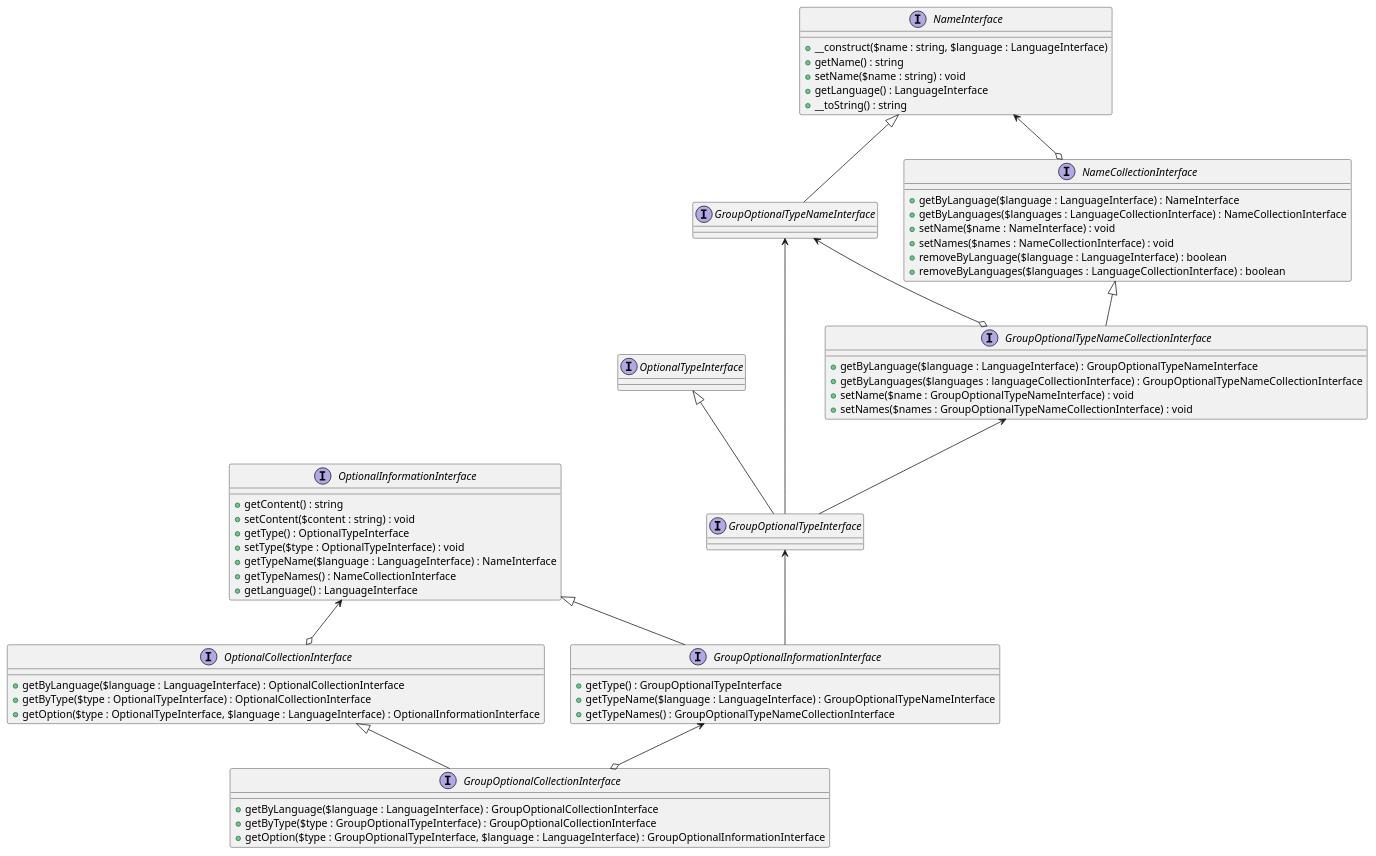
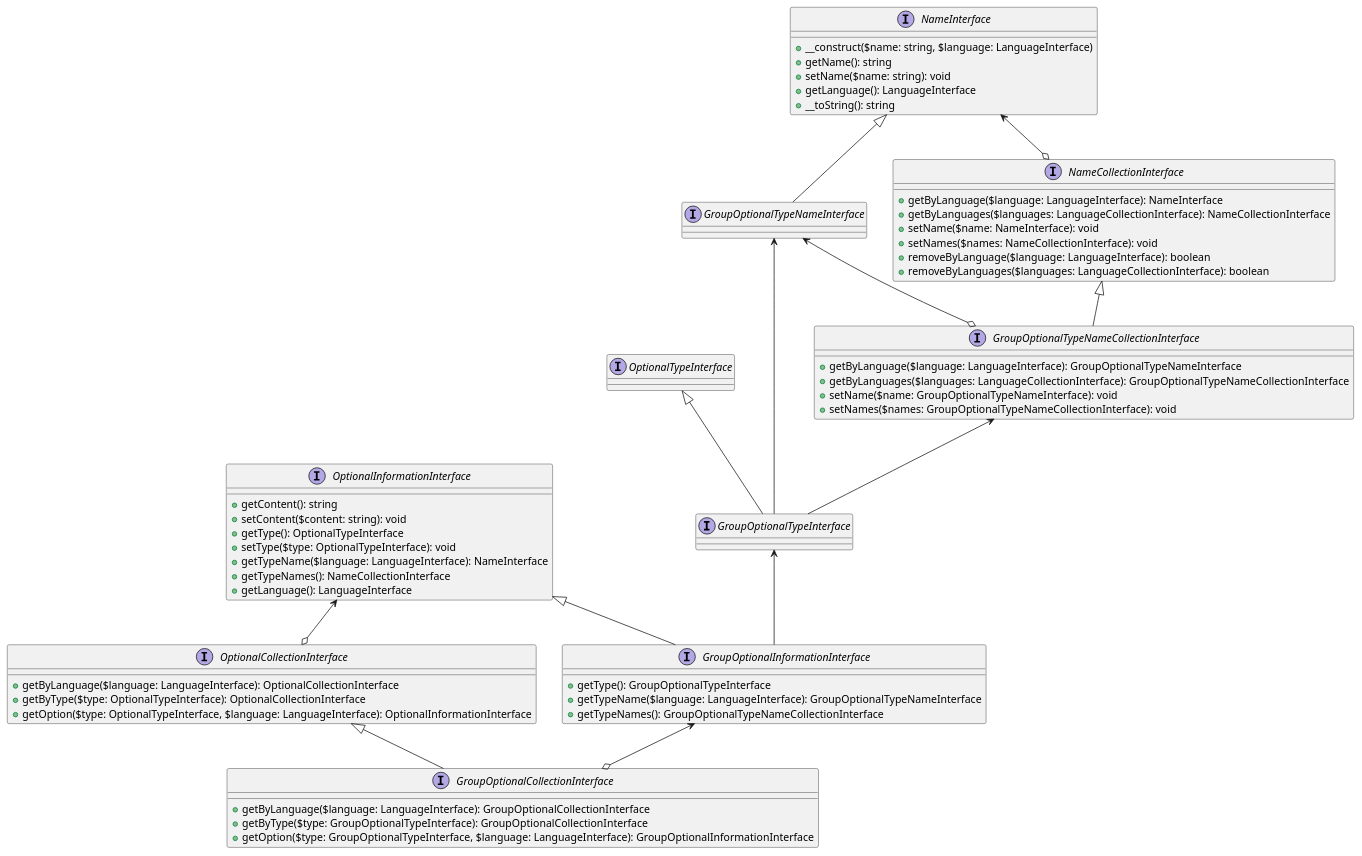
Before and after one commit to NUOCW/ocw-cms: the diagram in doc/diagram/NUOCW/CoreBundle/Entity/Group/GroupOptionalInformation.puml, drawn with PlantUML. The commit also changed 2 other files, not shown here.

```diff
--- a/doc/diagram/NUOCW/CoreBundle/Entity/Group/GroupOptionalInformation.puml
+++ b/doc/diagram/NUOCW/CoreBundle/Entity/Group/GroupOptionalInformation.puml
@@ -1,83 +1,83 @@
 @startuml
 
-interface GroupOptionalCollectionInterface{
-    +getByLanguage($language : LanguageInterface) : GroupOptionalCollectionInterface
-    +getByType($type : GroupOptionalTypeInterface) : GroupOptionalCollectionInterface
-    +getOption($type : GroupOptionalTypeInterface, $language : LanguageInterface) : GroupOptionalInformationInterface
+interface GroupOptionalCollectionInterface {
+    +getByLanguage($language: LanguageInterface): GroupOptionalCollectionInterface
+    +getByType($type: GroupOptionalTypeInterface): GroupOptionalCollectionInterface
+    +getOption($type: GroupOptionalTypeInterface, $language: LanguageInterface): GroupOptionalInformationInterface
 }
 
-interface OptionalCollectionInterface{
-    +getByLanguage($language : LanguageInterface) : OptionalCollectionInterface
-    +getByType($type : OptionalTypeInterface) : OptionalCollectionInterface
-    +getOption($type : OptionalTypeInterface, $language : LanguageInterface) : OptionalInformationInterface
+interface OptionalCollectionInterface {
+    +getByLanguage($language: LanguageInterface): OptionalCollectionInterface
+    +getByType($type: OptionalTypeInterface): OptionalCollectionInterface
+    +getOption($type: OptionalTypeInterface, $language: LanguageInterface): OptionalInformationInterface
 }
 
-interface GroupOptionalInformationInterface{
-    +getType() : GroupOptionalTypeInterface
-    +getTypeName($language : LanguageInterface) : GroupOptionalTypeNameInterface
-    +getTypeNames() : GroupOptionalTypeNameCollectionInterface
+interface GroupOptionalInformationInterface {
+    +getType(): GroupOptionalTypeInterface
+    +getTypeName($language: LanguageInterface): GroupOptionalTypeNameInterface
+    +getTypeNames(): GroupOptionalTypeNameCollectionInterface
 }
 
-Interface OptionalInformationInterface{
-    +getContent() : string
-    +setContent($content : string) : void
-    +getType() : OptionalTypeInterface
-    +setType($type : OptionalTypeInterface) : void
-    +getTypeName($language : LanguageInterface) : NameInterface
-    +getTypeNames() : NameCollectionInterface
-    +getLanguage() : LanguageInterface
+Interface OptionalInformationInterface {
+    +getContent(): string
+    +setContent($content: string): void
+    +getType(): OptionalTypeInterface
+    +setType($type: OptionalTypeInterface): void
+    +getTypeName($language: LanguageInterface): NameInterface
+    +getTypeNames(): NameCollectionInterface
+    +getLanguage(): LanguageInterface
 }
 
-Interface GroupOptionalTypeInterface{
+Interface GroupOptionalTypeInterface {
 }
 
-interface OptionalTypeInterface{
+interface OptionalTypeInterface {
 }
 
-interface GroupOptionalTypeNameInterface{
+interface GroupOptionalTypeNameInterface {
 }
 
-interface GroupOptionalTypeNameCollectionInterface{
-    +getByLanguage($language : LanguageInterface) : GroupOptionalTypeNameInterface
-    +getByLanguages($languages : languageCollectionInterface) : GroupOptionalTypeNameCollectionInterface
-    +setName($name : GroupOptionalTypeNameInterface) : void
-    +setNames($names : GroupOptionalTypeNameCollectionInterface) : void
+interface GroupOptionalTypeNameCollectionInterface {
+    +getByLanguage($language: LanguageInterface): GroupOptionalTypeNameInterface
+    +getByLanguages($languages: LanguageCollectionInterface): GroupOptionalTypeNameCollectionInterface
+    +setName($name: GroupOptionalTypeNameInterface): void
+    +setNames($names: GroupOptionalTypeNameCollectionInterface): void
 }
 
-interface NameInterface{
-    +__construct($name : string, $language : LanguageInterface)
-    +getName() : string
-    +setName($name : string) : void
-    +getLanguage() : LanguageInterface
-    +__toString() : string
+interface NameInterface {
+    +__construct($name: string, $language: LanguageInterface)
+    +getName(): string
+    +setName($name: string): void
+    +getLanguage(): LanguageInterface
+    +__toString(): string
 }
 
-interface NameCollectionInterface{
-    +getByLanguage($language : LanguageInterface) : NameInterface
-    +getByLanguages($languages : LanguageCollectionInterface) : NameCollectionInterface
-    +setName($name : NameInterface) : void
-    +setNames($names : NameCollectionInterface) : void
-    +removeByLanguage($language : LanguageInterface) : boolean
-    +removeByLanguages($languages : LanguageCollectionInterface) : boolean
+interface NameCollectionInterface {
+    +getByLanguage($language: LanguageInterface): NameInterface
+    +getByLanguages($languages: LanguageCollectionInterface): NameCollectionInterface
+    +setName($name: NameInterface): void
+    +setNames($names: NameCollectionInterface): void
+    +removeByLanguage($language: LanguageInterface): boolean
+    +removeByLanguages($languages: LanguageCollectionInterface): boolean
 }
 
 OptionalCollectionInterface <|-- GroupOptionalCollectionInterface
 GroupOptionalInformationInterface <--o GroupOptionalCollectionInterface
 
 OptionalInformationInterface <--o OptionalCollectionInterface
 
 OptionalInformationInterface <|-- GroupOptionalInformationInterface
 GroupOptionalTypeInterface <-- GroupOptionalInformationInterface
 
 OptionalTypeInterface <|-- GroupOptionalTypeInterface
 GroupOptionalTypeNameInterface <-- GroupOptionalTypeInterface
 GroupOptionalTypeNameCollectionInterface <-- GroupOptionalTypeInterface
 
 NameInterface <|-- GroupOptionalTypeNameInterface
 
 GroupOptionalTypeNameInterface <--o GroupOptionalTypeNameCollectionInterface
 NameCollectionInterface <|-- GroupOptionalTypeNameCollectionInterface
 
 NameInterface <--o NameCollectionInterface
 
 @enduml
```
